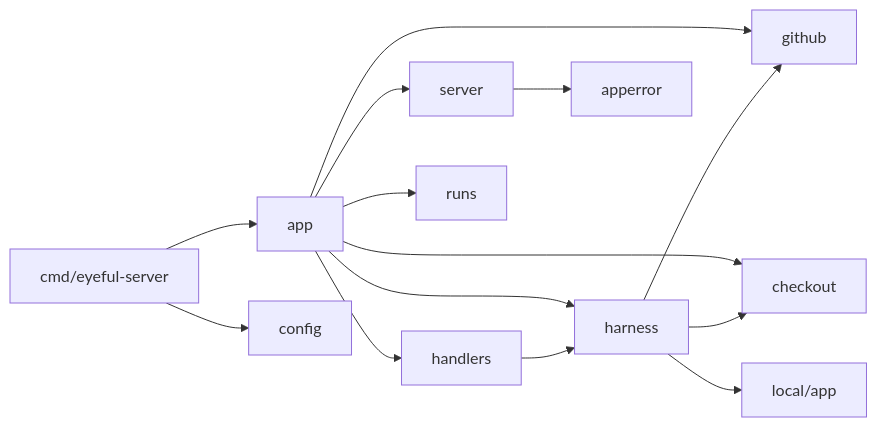
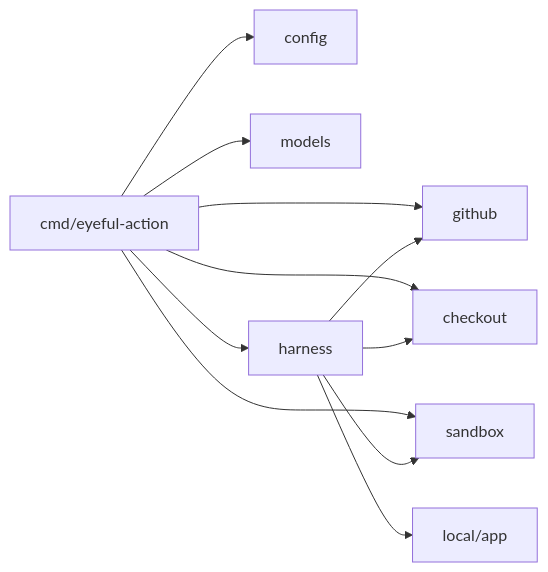
Before and after one commit to Pleasurecruise/eyeful: the second of 2 diagrams in docs/zh/cloud/SERVER.md, drawn with Mermaid. The commit also changed other lines of this file and 96 other files, not shown here.

````diff
--- a/docs/zh/cloud/SERVER.md
+++ b/docs/zh/cloud/SERVER.md
@@ -49,8 +36,5 @@
 ```mermaid
 flowchart LR
-    cmd["cmd/eyeful-server"] --> app & config
-    app --> server & handlers & harness & github & checkout & runs
-    handlers --> harness
-    server --> apperror
-    harness --> github & checkout & local["local/app"]
+    cmd["cmd/eyeful-action"] --> config & github & models & harness & checkout & sandbox
+    harness --> github & checkout & sandbox & local["local/app"]
 ```
````
